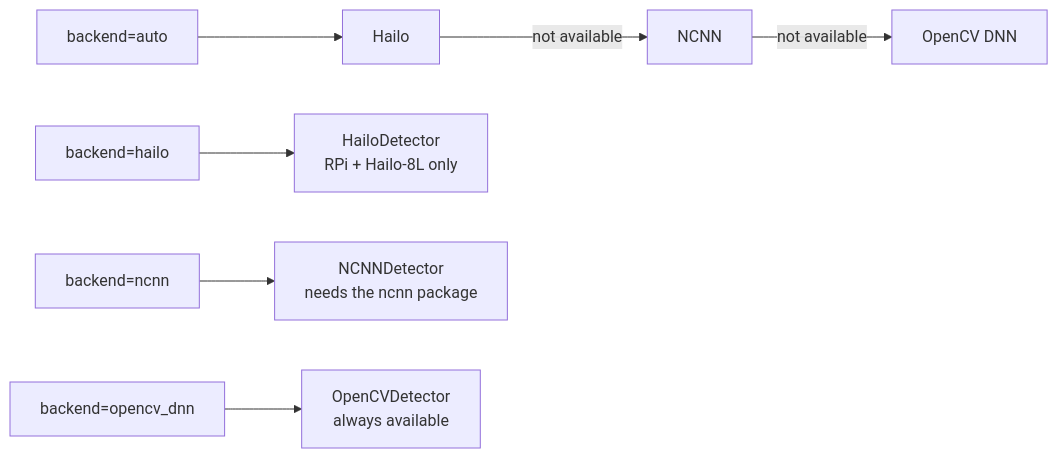
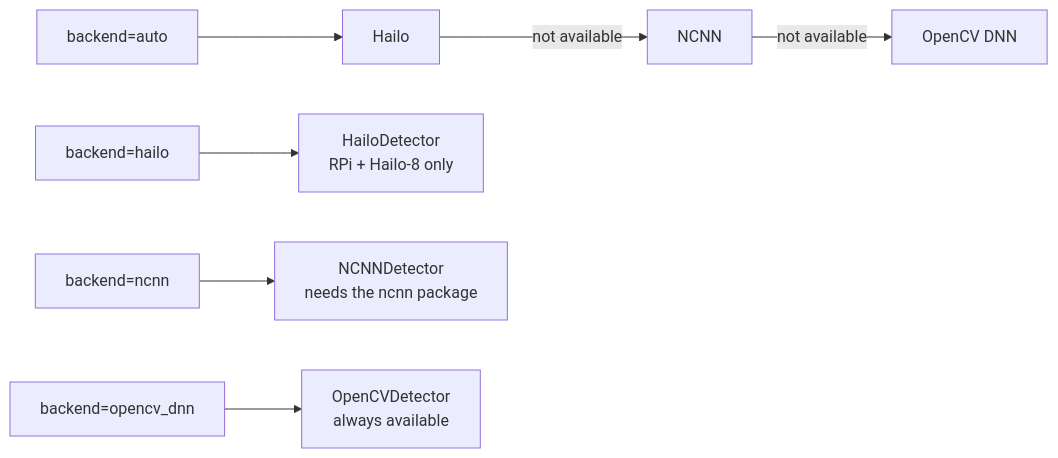
One commit to rondilley/RatCatcher_AI changed the tenth of 13 diagrams in docs/ARCHITECTURE.md. Above: the diagram before and after it, drawn with Mermaid. The commit also changed other lines of this file and 4 other files, not shown here.

````diff
--- a/docs/ARCHITECTURE.md
+++ b/docs/ARCHITECTURE.md
@@ -518,9 +518,9 @@
 ```mermaid
 flowchart LR
     A["backend=auto"] --> H["Hailo"]
     H -- "not available" --> N["NCNN"]
     N -- "not available" --> O["OpenCV DNN"]
-    HB["backend=hailo"] --> HD["HailoDetector<br/>RPi + Hailo-8L only"]
+    HB["backend=hailo"] --> HD["HailoDetector<br/>RPi + Hailo-8 only"]
     NB["backend=ncnn"] --> ND["NCNNDetector<br/>needs the ncnn package"]
     OB["backend=opencv_dnn"] --> OD["OpenCVDetector<br/>always available"]
 ```
````
